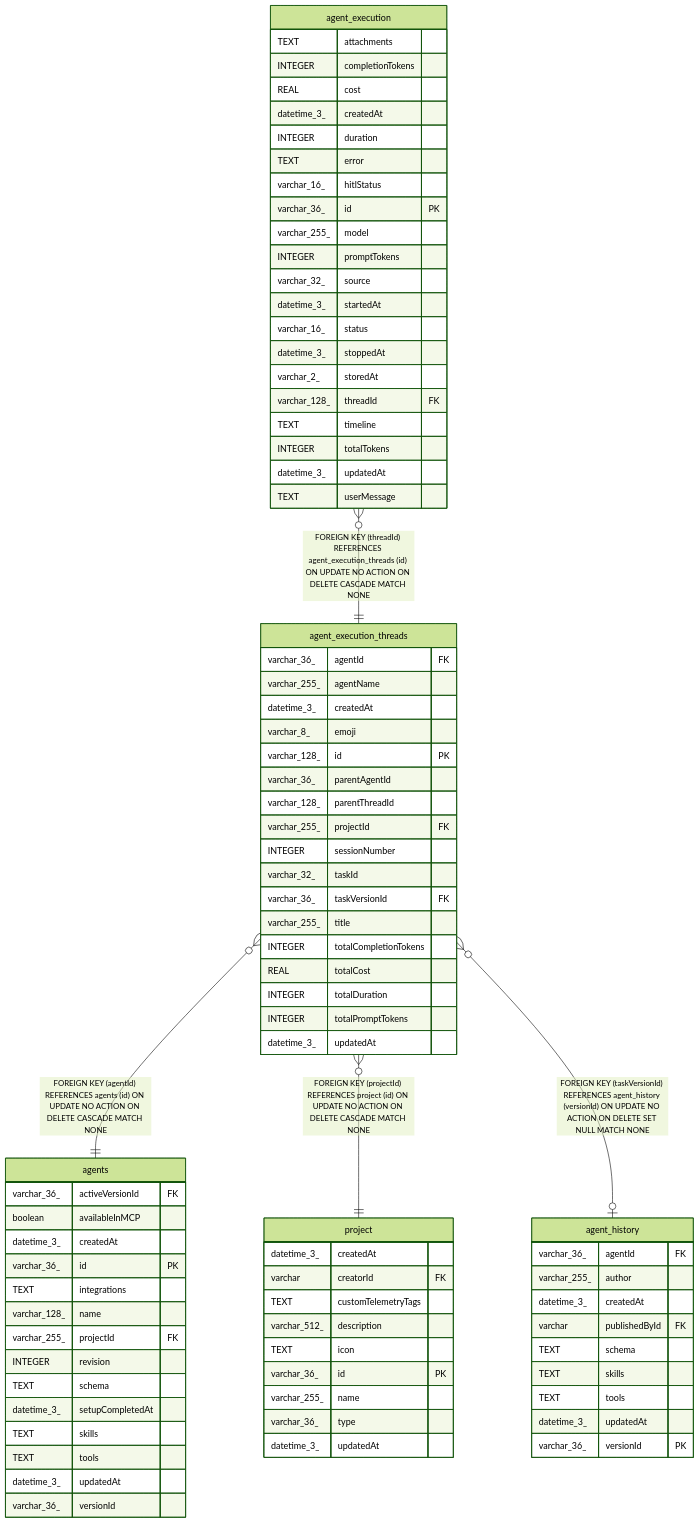
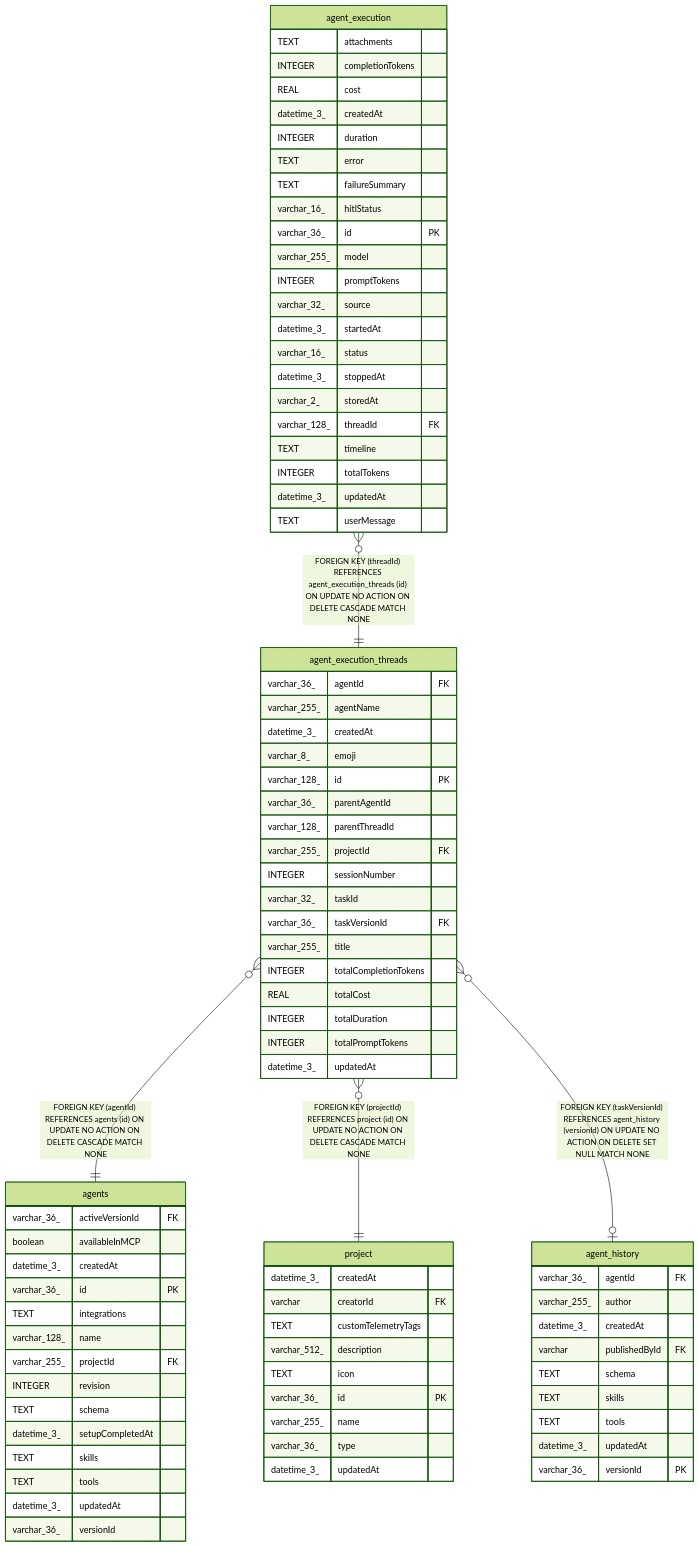
One commit to welcomelwd/every-skill changed the diagram in mcp/servers/n8n/docs/generated/sqlite-schema/agent_execution_threads.md. Above: the diagram before and after it, drawn with Mermaid (forest theme). The commit also changed 8770 other files, not shown here.

```diff
--- a/mcp/servers/n8n/docs/generated/sqlite-schema/agent_execution_threads.md
+++ b/mcp/servers/n8n/docs/generated/sqlite-schema/agent_execution_threads.md
@@ -104,6 +104,7 @@
   datetime_3_ createdAt
   INTEGER duration
   TEXT error
+  TEXT failureSummary
   varchar_16_ hitlStatus
   varchar_36_ id PK
   varchar_255_ model
```
